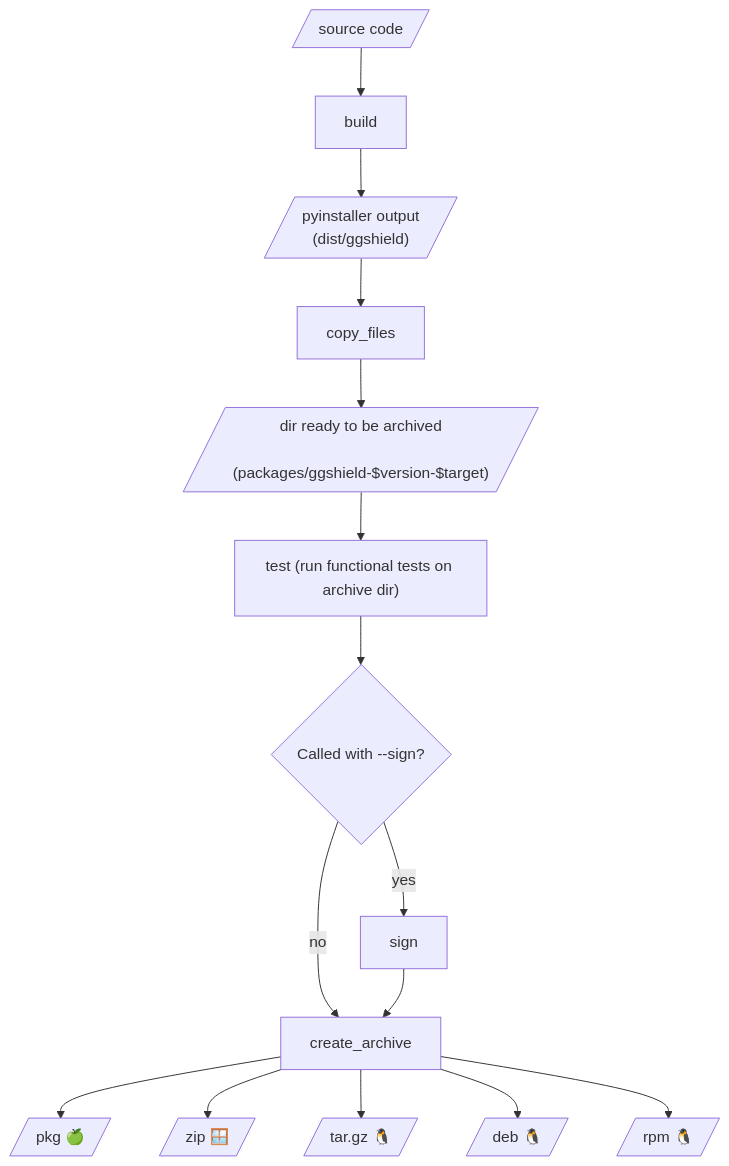
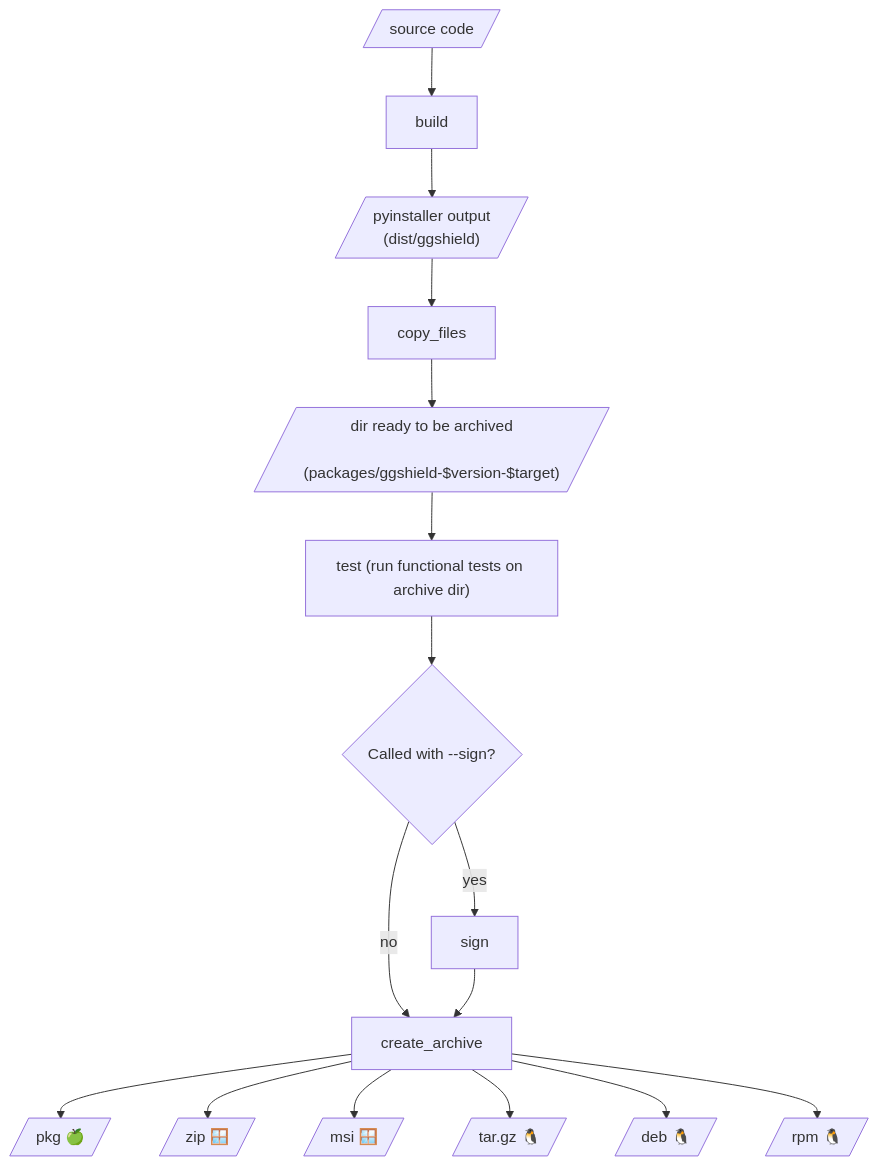
The diagram in doc/dev/os-packages.md (GitGuardian/ggshield), drawn with Mermaid before and after one commit. The commit also changed other lines of this file and 6 other files, not shown here.

````diff
--- a/doc/dev/os-packages.md
+++ b/doc/dev/os-packages.md
@@ -15,15 +15,16 @@
 ```mermaid
 flowchart TD
     src[/source code/] --> build --> pyinstaller_dir[/"pyinstaller output
     (dist/ggshield)"/]
     pyinstaller_dir --> copy_files --> archive_dir[/"dir ready to be archived
     (packages/ggshield-$version-$target)"/]
     archive_dir --> test["test (run functional tests on archive dir)"]
     test --> signing{Called with --sign?} -->|yes| sign
     signing -->|no| create_archive
     sign --> create_archive --> pkg[/"pkg 🍏"/]
     create_archive --> zip[/"zip 🪟"/]
+    create_archive --> msi[/"msi 🪟"/]
     create_archive --> tar.gz[/"tar.gz 🐧"/]
     create_archive --> deb[/"deb 🐧"/]
     create_archive --> rpm[/"rpm 🐧"/]
 ```
````
